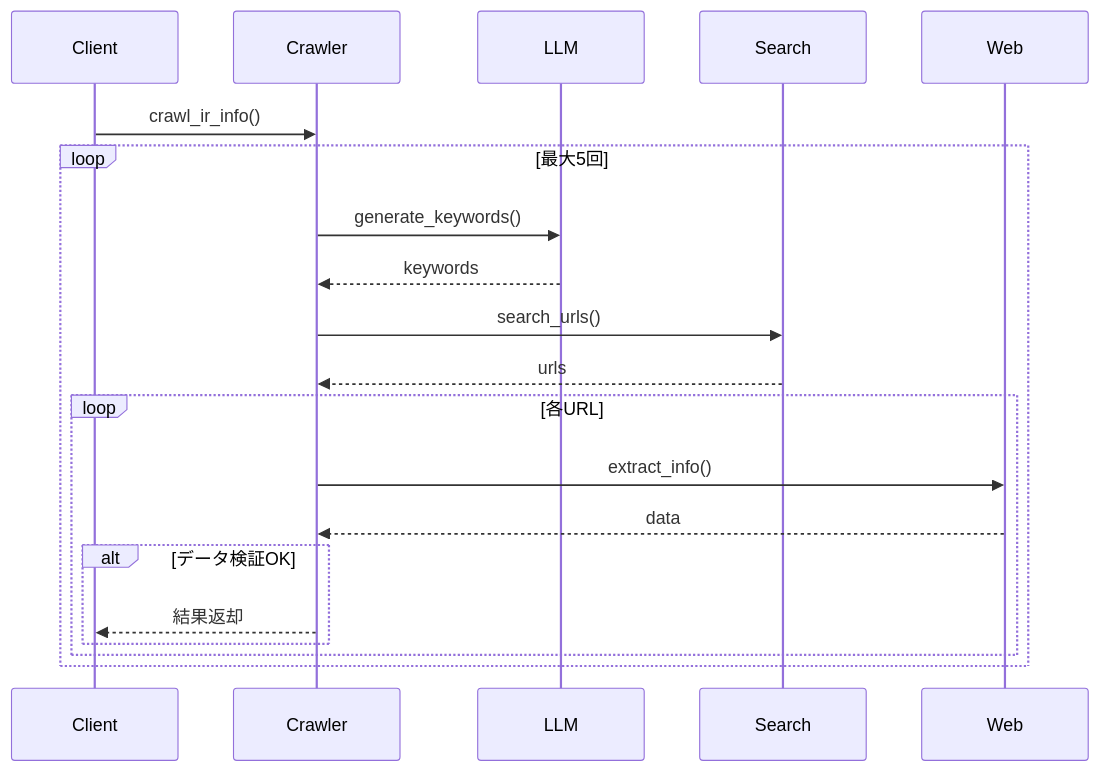
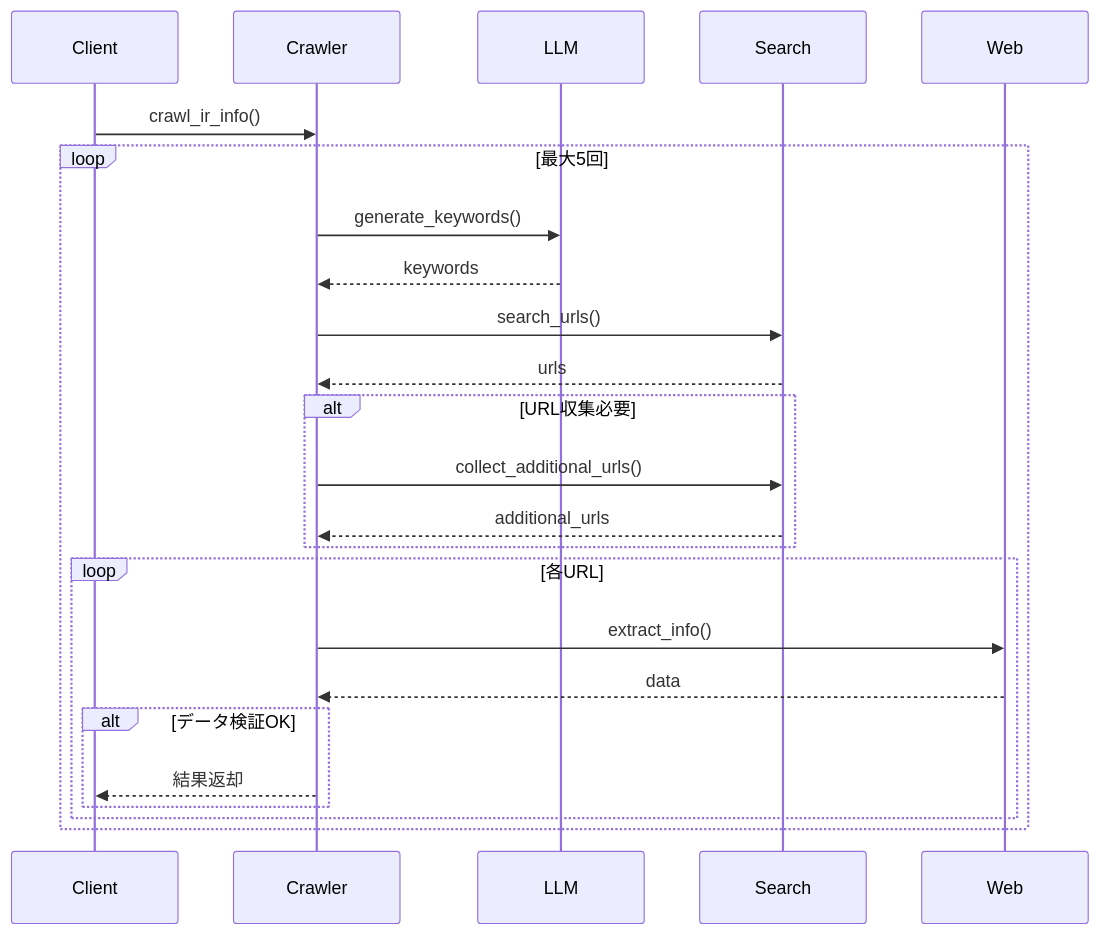
The second of 3 diagrams in docs/02.basic_design/adaptive_search.md (tkosht/cursor_dev), drawn with Mermaid before and after one commit. The commit also changed other lines of this file and 28 other files, not shown here.

````diff
--- a/docs/02.basic_design/adaptive_search.md
+++ b/docs/02.basic_design/adaptive_search.md
@@ -25,23 +26,27 @@
 ```mermaid
 sequenceDiagram
     participant Client
     participant Crawler
     participant LLM
     participant Search
     participant Web
 
     Client->>Crawler: crawl_ir_info()
     loop 最大5回
         Crawler->>LLM: generate_keywords()
         LLM-->>Crawler: keywords
         Crawler->>Search: search_urls()
         Search-->>Crawler: urls
+        alt URL収集必要
+            Crawler->>Search: collect_additional_urls()
+            Search-->>Crawler: additional_urls
+        end
         loop 各URL
             Crawler->>Web: extract_info()
             Web-->>Crawler: data
             alt データ検証OK
                 Crawler-->>Client: 結果返却
             end
         end
     end
 ```
````
